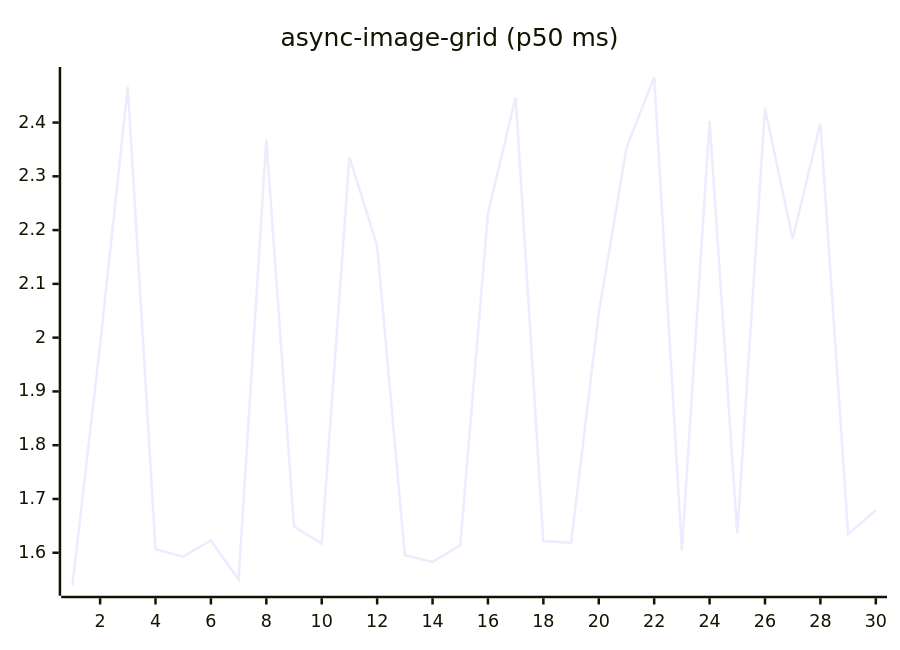
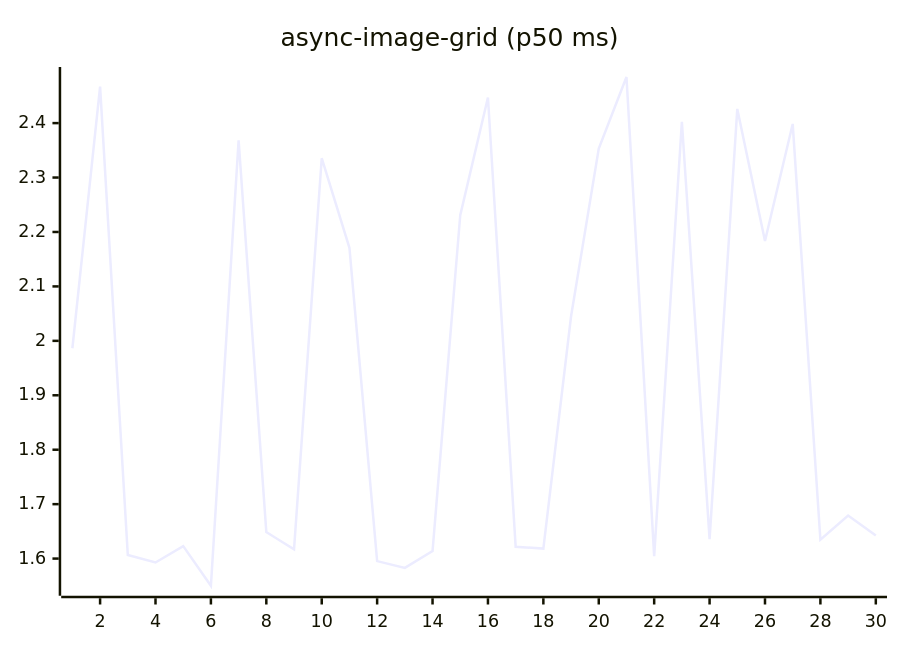
Before and after one commit to josha/Facet: the fifth of 27 diagrams in README.md, drawn with Mermaid. The commit also changed other lines of this file and 2 other files, not shown here.

````diff
--- a/README.md
+++ b/README.md
@@ -91,6 +91,6 @@
 ```mermaid
 xychart-beta
     title "async-image-grid (p50 ms)"
     x-axis 1 --> 30
-    line [1.5386, 1.9864, 2.4670, 1.6066, 1.5928, 1.6229, 1.5501, 2.3685, 1.6487, 1.6169, 2.3355, 2.1710, 1.5954, 1.5829, 1.6137, 2.2308, 2.4470, 1.6216, 1.6184, 2.0452, 2.3531, 2.4847, 1.6045, 2.4025, 1.6357, 2.4260, 2.1835, 2.3985, 1.6346, 1.6792]
+    line [1.9864, 2.4670, 1.6066, 1.5928, 1.6229, 1.5501, 2.3685, 1.6487, 1.6169, 2.3355, 2.1710, 1.5954, 1.5829, 1.6137, 2.2308, 2.4470, 1.6216, 1.6184, 2.0452, 2.3531, 2.4847, 1.6045, 2.4025, 1.6357, 2.4260, 2.1835, 2.3985, 1.6346, 1.6792, 1.6424]
 ```
````
